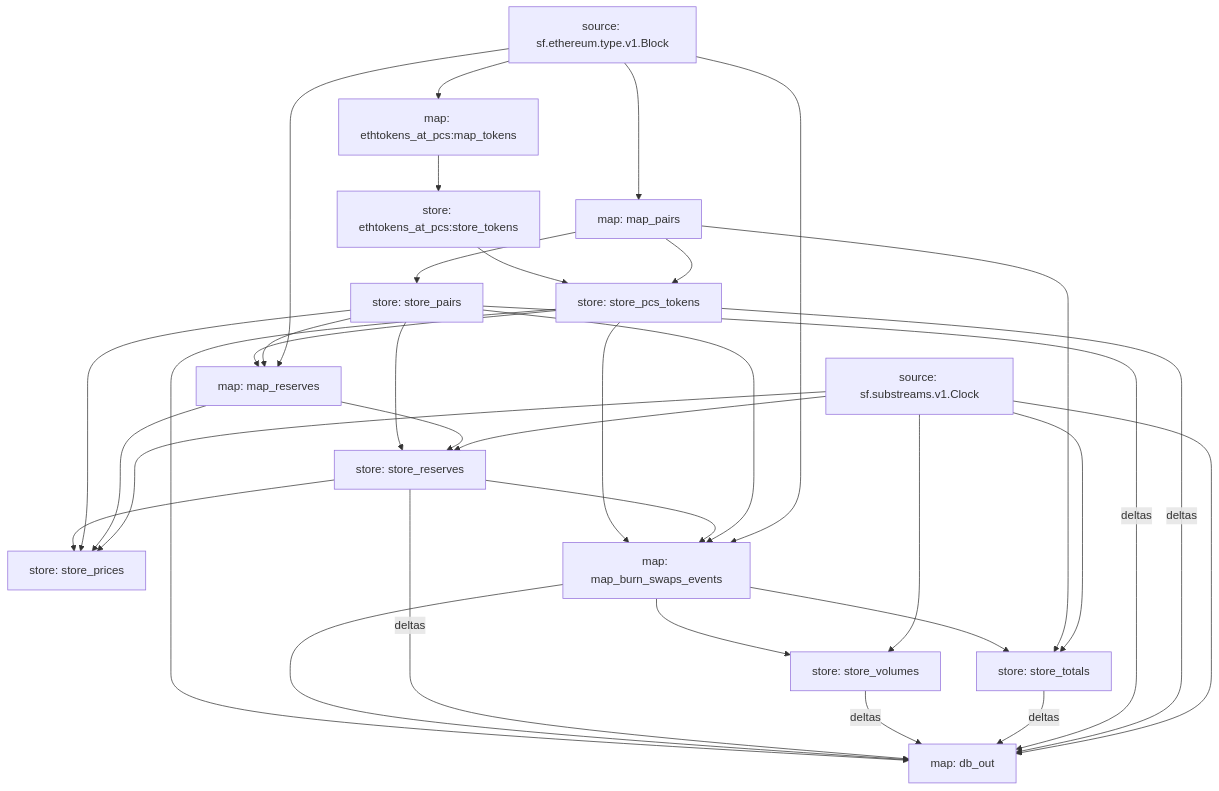
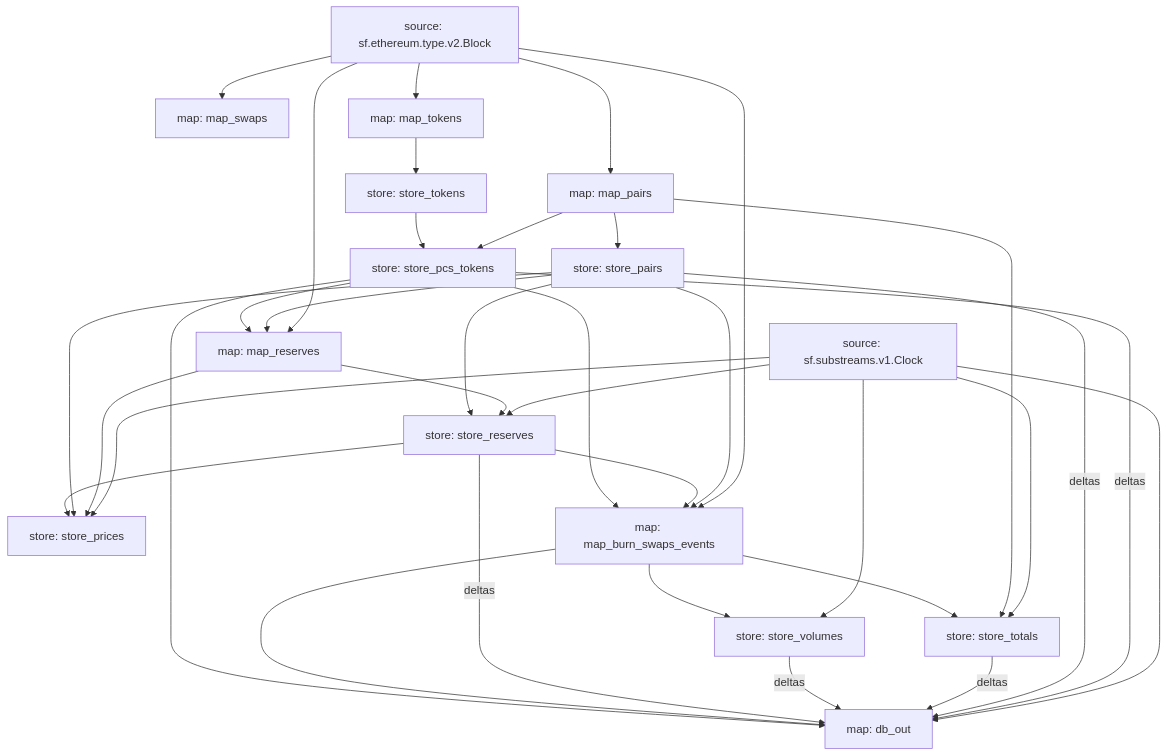
The diagram in 004TheGraph/01substreams/code/bsc/pancakeswap-v2/README.md (jiasenwqbr/dapp-tools), drawn with Mermaid before and after one commit. The commit also changed other lines of this file and 2 other files, not shown here.

Commit message:
finished unit test

````diff
--- a/004TheGraph/01substreams/code/bsc/pancakeswap-v2/README.md
+++ b/004TheGraph/01substreams/code/bsc/pancakeswap-v2/README.md
@@ -24,49 +22,52 @@
 ```mermaid
 
 graph TD;
-  map_pairs[map: map_pairs]
-  sf.ethereum.type.v1.Block[source: sf.ethereum.type.v1.Block] --> map_pairs
-  store_pcs_tokens[store: store_pcs_tokens]
-  map_pairs --> store_pcs_tokens
-  ethtokens_at_pcs:store_tokens --> store_pcs_tokens
-  store_pairs[store: store_pairs]
-  map_pairs --> store_pairs
-  map_reserves[map: map_reserves]
-  sf.ethereum.type.v1.Block[source: sf.ethereum.type.v1.Block] --> map_reserves
-  store_pairs --> map_reserves
-  store_pcs_tokens --> map_reserves
-  store_reserves[store: store_reserves]
-  sf.substreams.v1.Clock[source: sf.substreams.v1.Clock] --> store_reserves
-  map_reserves --> store_reserves
-  store_pairs --> store_reserves
-  store_prices[store: store_prices]
-  sf.substreams.v1.Clock[source: sf.substreams.v1.Clock] --> store_prices
-  map_reserves --> store_prices
-  store_pairs --> store_prices
-  store_reserves --> store_prices
-  map_burn_swaps_events[map: map_burn_swaps_events]
-  sf.ethereum.type.v1.Block[source: sf.ethereum.type.v1.Block] --> map_burn_swaps_events
-  store_pairs --> map_burn_swaps_events
-  store_reserves --> map_burn_swaps_events
-  store_pcs_tokens --> map_burn_swaps_events
-  store_totals[store: store_totals]
-  sf.substreams.v1.Clock[source: sf.substreams.v1.Clock] --> store_totals
-  map_pairs --> store_totals
-  map_burn_swaps_events --> store_totals
-  store_volumes[store: store_volumes]
-  sf.substreams.v1.Clock[source: sf.substreams.v1.Clock] --> store_volumes
-  map_burn_swaps_events --> store_volumes
-  db_out[map: db_out]
-  sf.substreams.v1.Clock[source: sf.substreams.v1.Clock] --> db_out
-  store_pcs_tokens -- deltas --> db_out
-  store_pairs -- deltas --> db_out
-  store_totals -- deltas --> db_out
-  store_volumes -- deltas --> db_out
-  store_reserves -- deltas --> db_out
-  map_burn_swaps_events --> db_out
-  store_pcs_tokens --> db_out
-  ethtokens_at_pcs:map_tokens[map: ethtokens_at_pcs:map_tokens]
-  sf.ethereum.type.v1.Block[source: sf.ethereum.type.v1.Block] --> ethtokens_at_pcs:map_tokens
-  ethtokens_at_pcs:store_tokens[store: ethtokens_at_pcs:store_tokens]
-  ethtokens_at_pcs:map_tokens --> ethtokens_at_pcs:store_tokens
+  map_swaps[map: map_swaps];
+  sf.ethereum.type.v2.Block[source: sf.ethereum.type.v2.Block] --> map_swaps;
+  map_pairs[map: map_pairs];
+  sf.ethereum.type.v2.Block[source: sf.ethereum.type.v2.Block] --> map_pairs;
+  store_pairs[store: store_pairs];
+  map_pairs --> store_pairs;
+  map_tokens[map: map_tokens];
+  sf.ethereum.type.v2.Block[source: sf.ethereum.type.v2.Block] --> map_tokens;
+  store_tokens[store: store_tokens];
+  map_tokens --> store_tokens;
+  store_pcs_tokens[store: store_pcs_tokens];
+  map_pairs --> store_pcs_tokens;
+  store_tokens --> store_pcs_tokens;
+  map_reserves[map: map_reserves];
+  sf.ethereum.type.v2.Block[source: sf.ethereum.type.v2.Block] --> map_reserves;
+  store_pairs --> map_reserves;
+  store_pcs_tokens --> map_reserves;
+  store_reserves[store: store_reserves];
+  sf.substreams.v1.Clock[source: sf.substreams.v1.Clock] --> store_reserves;
+  map_reserves --> store_reserves;
+  store_pairs --> store_reserves;
+  store_prices[store: store_prices];
+  sf.substreams.v1.Clock[source: sf.substreams.v1.Clock] --> store_prices;
+  map_reserves --> store_prices;
+  store_pairs --> store_prices;
+  store_reserves --> store_prices;
+  map_burn_swaps_events[map: map_burn_swaps_events];
+  sf.ethereum.type.v2.Block[source: sf.ethereum.type.v2.Block] --> map_burn_swaps_events;
+  store_pairs --> map_burn_swaps_events;
+  store_reserves --> map_burn_swaps_events;
+  store_pcs_tokens --> map_burn_swaps_events;
+  store_totals[store: store_totals];
+  sf.substreams.v1.Clock[source: sf.substreams.v1.Clock] --> store_totals;
+  map_pairs --> store_totals;
+  map_burn_swaps_events --> store_totals;
+  store_volumes[store: store_volumes];
+  sf.substreams.v1.Clock[source: sf.substreams.v1.Clock] --> store_volumes;
+  map_burn_swaps_events --> store_volumes;
+  db_out[map: db_out];
+  sf.substreams.v1.Clock[source: sf.substreams.v1.Clock] --> db_out;
+  store_pcs_tokens -- deltas --> db_out;
+  store_pairs -- deltas --> db_out;
+  store_totals -- deltas --> db_out;
+  store_volumes -- deltas --> db_out;
+  store_reserves -- deltas --> db_out;
+  map_burn_swaps_events --> db_out;
+  store_pcs_tokens --> db_out;
+
 ```
````
